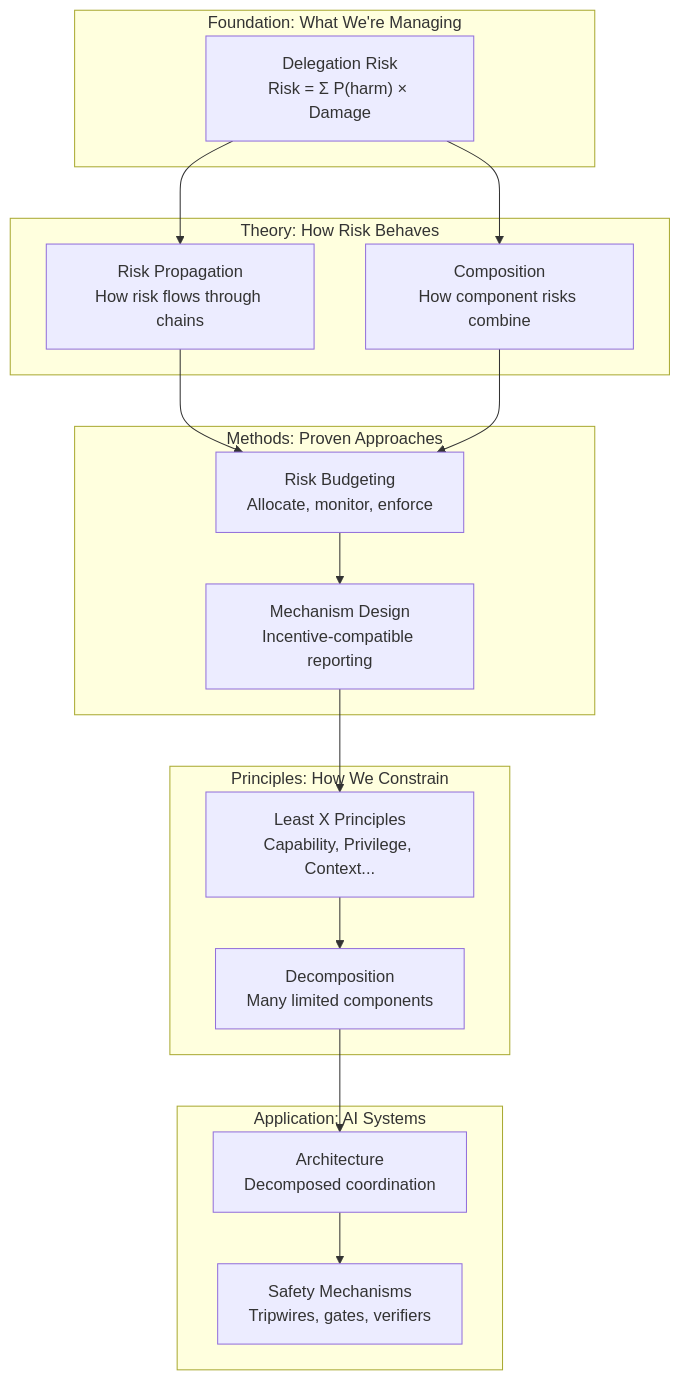
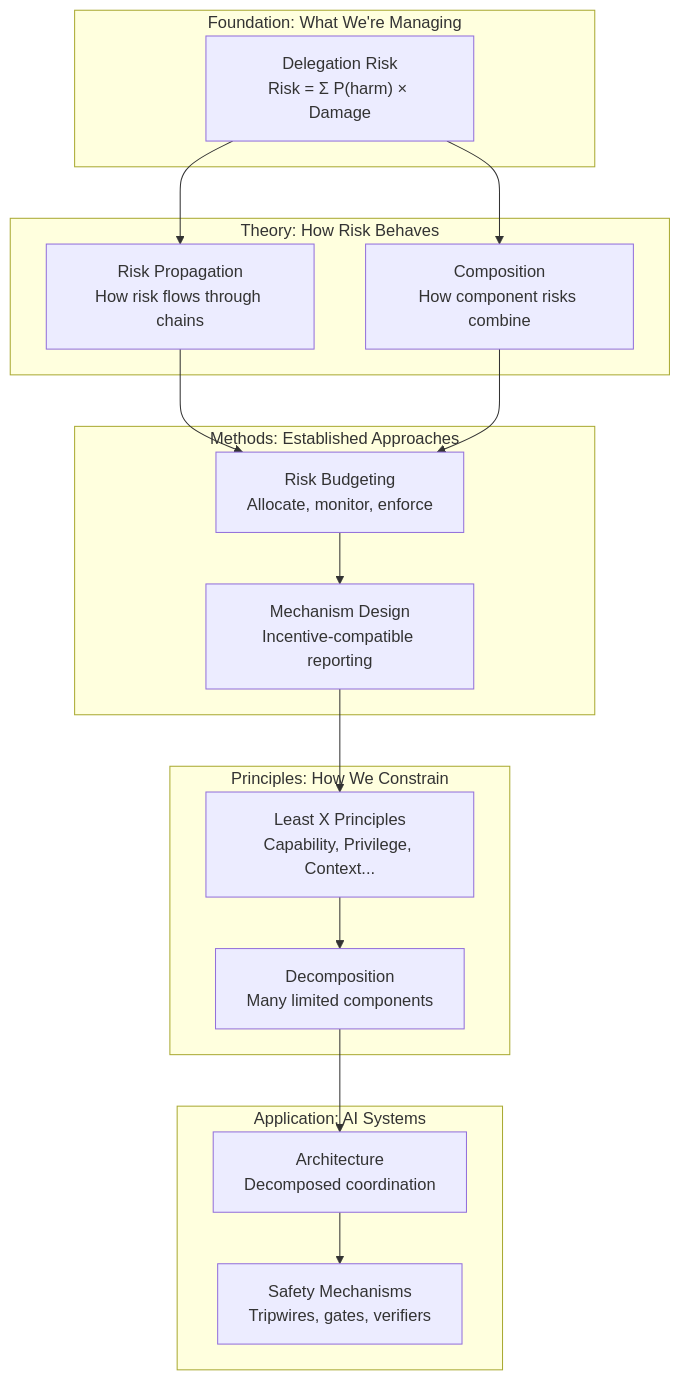
Before and after one commit to quantified-uncertainty/delegation-risk-framework: the first of 5 diagrams in src/content/docs/getting-started/core-concepts.md, drawn with Mermaid. The commit also changed other lines of this file and 59 other files, not shown here.

````diff
--- a/src/content/docs/getting-started/core-concepts.md
+++ b/src/content/docs/getting-started/core-concepts.md
@@ -13,36 +15,36 @@
 ```mermaid
 flowchart TB
     subgraph Foundation["Foundation: What We're Managing"]
         RISK["Delegation Risk<br/>Risk = Σ P(harm) × Damage"]
     end
 
     subgraph Theory["Theory: How Risk Behaves"]
         PROP["Risk Propagation<br/>How risk flows through chains"]
         COMP["Composition<br/>How component risks combine"]
     end
 
-    subgraph Methods["Methods: Proven Approaches"]
+    subgraph Methods["Methods: Established Approaches"]
         BUDGET["Risk Budgeting<br/>Allocate, monitor, enforce"]
         MECH["Mechanism Design<br/>Incentive-compatible reporting"]
     end
 
     subgraph Principles["Principles: How We Constrain"]
         LEASTX["Least X Principles<br/>Capability, Privilege, Context..."]
         DECOMP["Decomposition<br/>Many limited components"]
     end
 
     subgraph Application["Application: AI Systems"]
         ARCH["Architecture<br/>Decomposed coordination"]
         SAFETY["Safety Mechanisms<br/>Tripwires, gates, verifiers"]
     end
 
     RISK --> PROP
     RISK --> COMP
     PROP --> BUDGET
     COMP --> BUDGET
     BUDGET --> MECH
     MECH --> LEASTX
     LEASTX --> DECOMP
     DECOMP --> ARCH
     ARCH --> SAFETY
 ```
````
